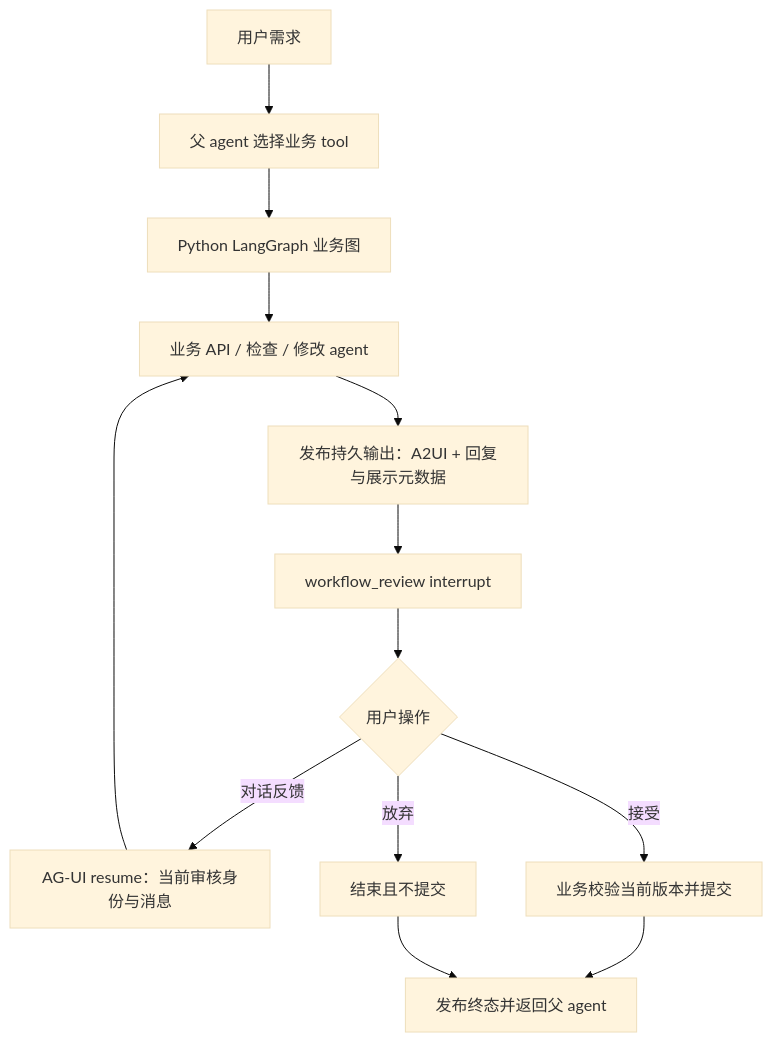
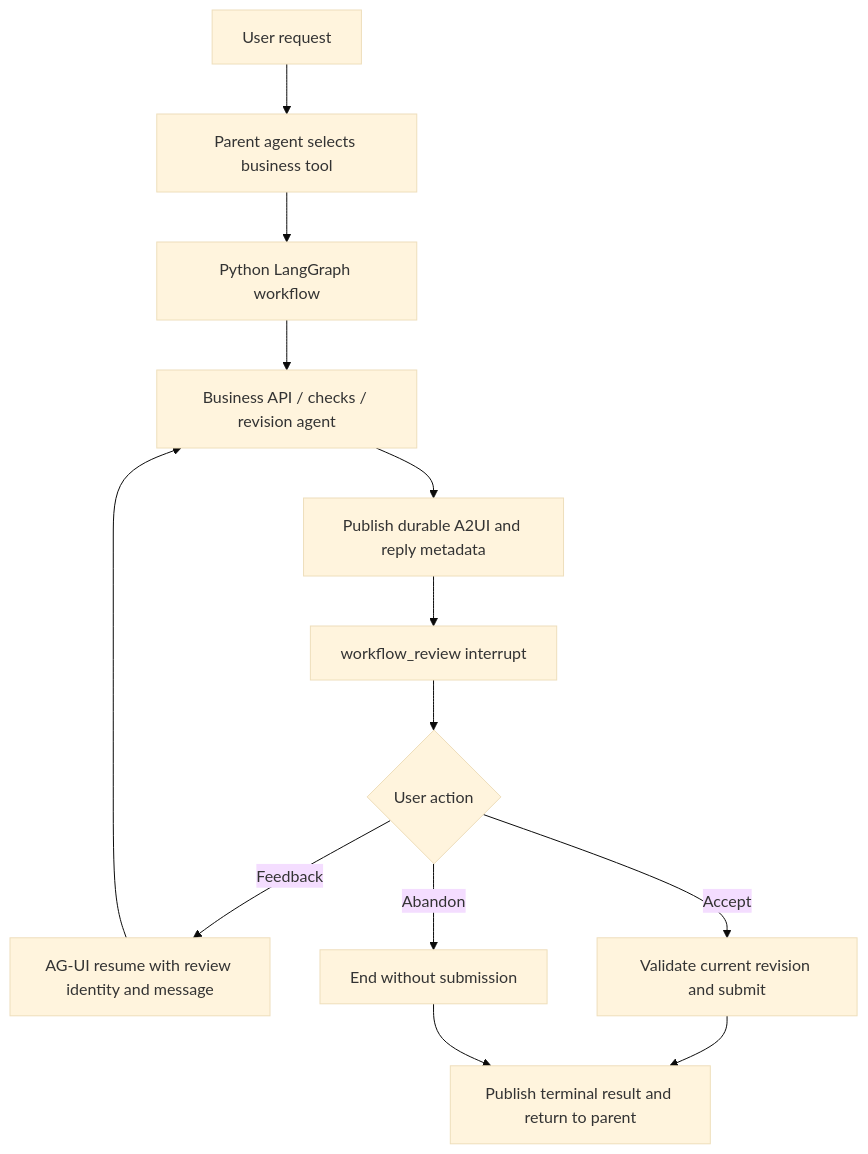
The first of 2 diagrams in docs/workflow-mechanisms.md (by291/agent-playground), drawn with Mermaid (base theme) before and after one commit. The commit also changed other lines of this file and 25 other files, not shown here.

````diff
--- a/docs/workflow-mechanisms.md
+++ b/docs/workflow-mechanisms.md
@@ -5,15 +29,15 @@
 ```mermaid
 flowchart TD
-    A[用户需求] --> B[父 agent 选择业务 tool]
-    B --> C[Python LangGraph 业务图]
-    C --> D[业务 API / 检查 / 修改 agent]
-    D --> E[发布持久输出：A2UI + 回复与展示元数据]
+    A[User request] --> B[Parent agent selects business tool]
+    B --> C[Python LangGraph workflow]
+    C --> D[Business API / checks / revision agent]
+    D --> E[Publish durable A2UI and reply metadata]
     E --> F[workflow_review interrupt]
-    F --> G{用户操作}
-    G -->|对话反馈| H[AG-UI resume：当前审核身份与消息]
+    F --> G{User action}
+    G -->|Feedback| H[AG-UI resume with review identity and message]
     H --> D
-    G -->|接受| I[业务校验当前版本并提交]
-    G -->|放弃| J[结束且不提交]
-    I --> K[发布终态并返回父 agent]
+    G -->|Accept| I[Validate current revision and submit]
+    G -->|Abandon| J[End without submission]
+    I --> K[Publish terminal result and return to parent]
     J --> K
 ```
````
